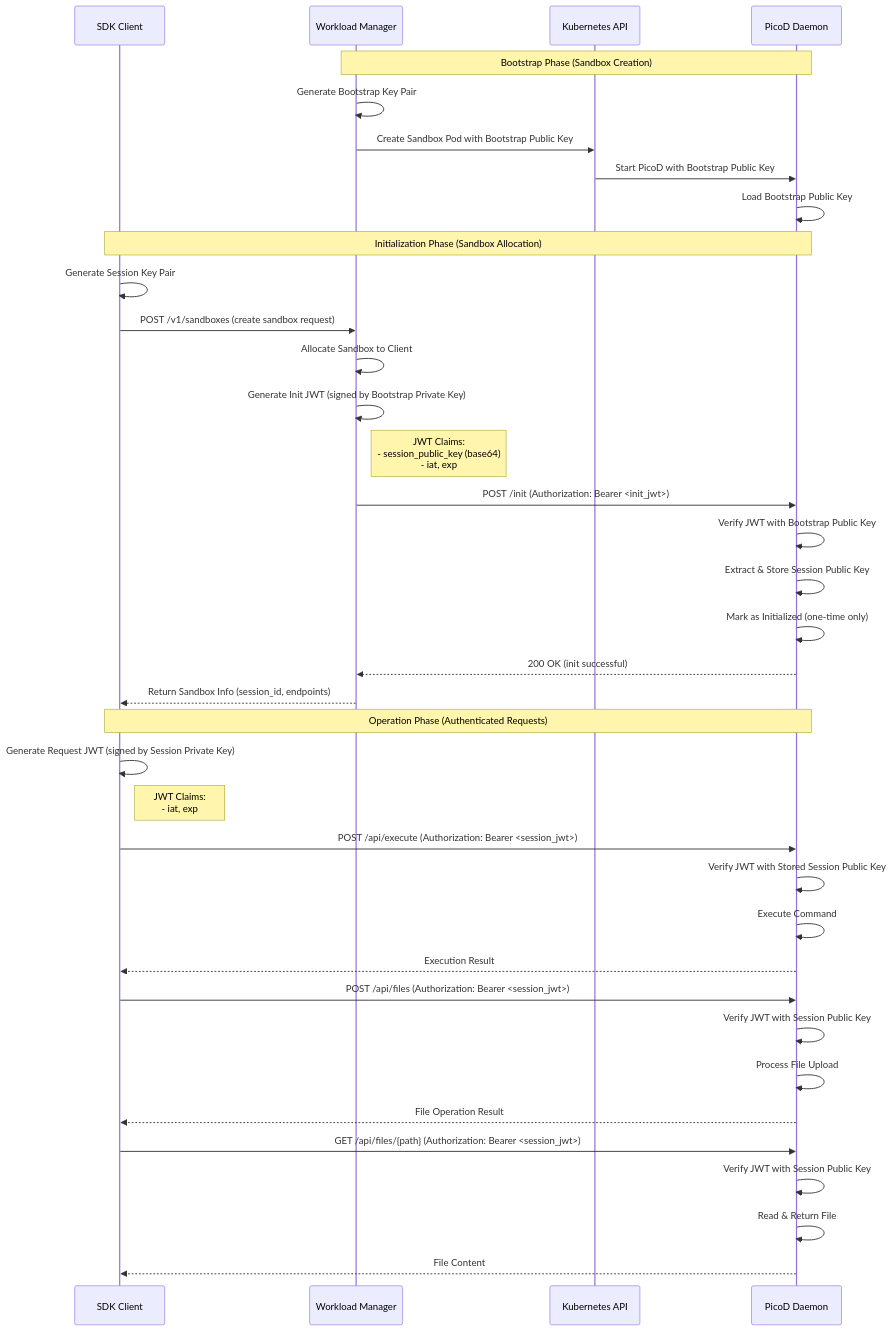
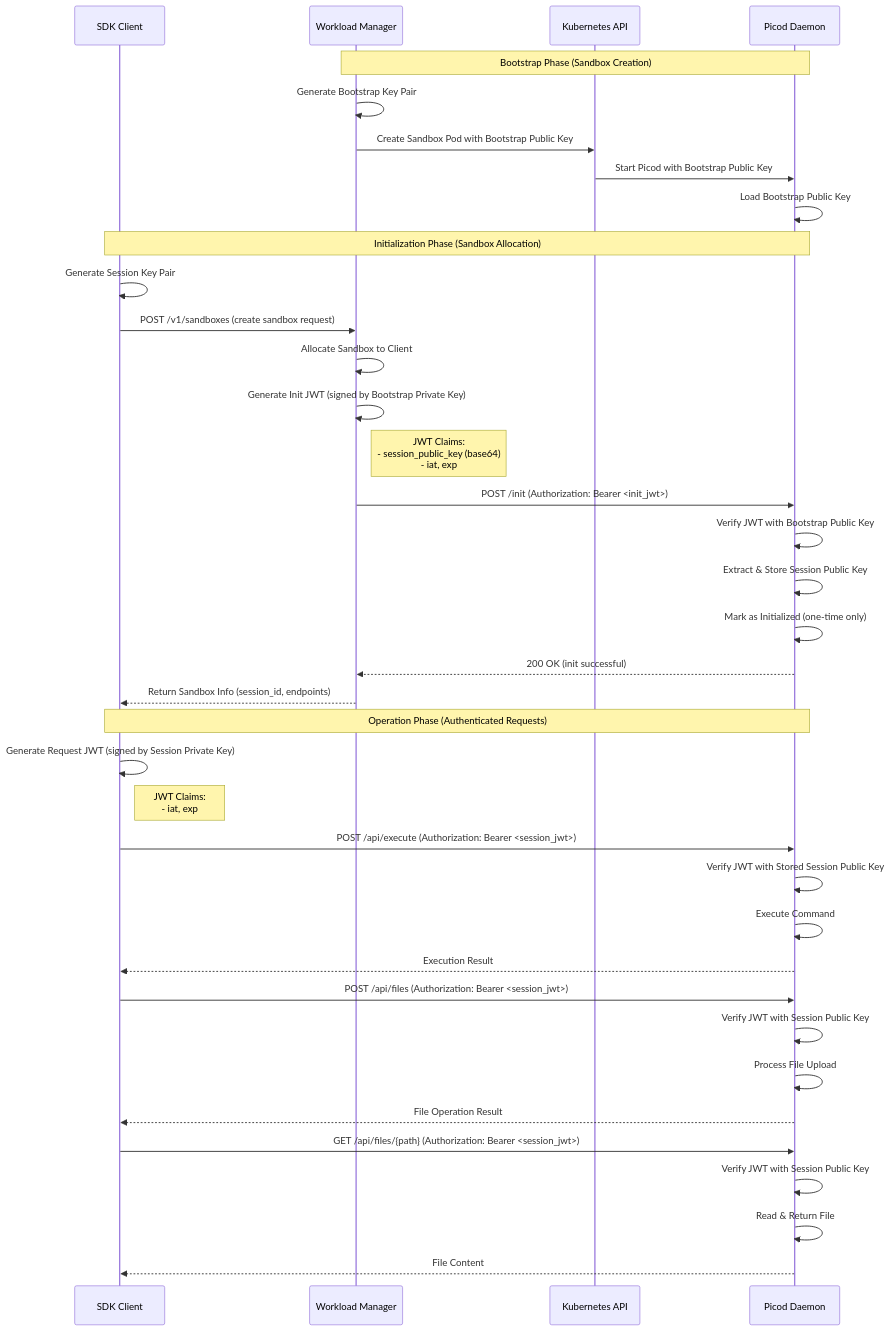
One commit to volcano-sh/agentcube changed the third of 3 diagrams in docs/design/agentcube-proposal.md. Above: the diagram before and after it, drawn with Mermaid. The commit also changed other lines of this file and 1 other file, not shown here.

Commit message:
Update graph

````diff
--- a/docs/design/agentcube-proposal.md
+++ b/docs/design/agentcube-proposal.md
@@ -432,45 +442,45 @@
 ```mermaid
 sequenceDiagram
     participant Client as SDK Client
     participant WorkloadMgr as Workload Manager
     participant K8s as Kubernetes API
-    participant PicoD as PicoD Daemon
+    participant Picod as Picod Daemon
     
 
-    Note over WorkloadMgr, PicoD: Bootstrap Phase (Sandbox Creation)
+    Note over WorkloadMgr, Picod: Bootstrap Phase (Sandbox Creation)
     WorkloadMgr->>WorkloadMgr: Generate Bootstrap Key Pair
     WorkloadMgr->>K8s: Create Sandbox Pod with Bootstrap Public Key
-    K8s->>PicoD: Start PicoD with Bootstrap Public Key
-    PicoD->>PicoD: Load Bootstrap Public Key
+    K8s->>Picod: Start Picod with Bootstrap Public Key
+    Picod->>Picod: Load Bootstrap Public Key
     
-    Note over Client, PicoD: Initialization Phase (Sandbox Allocation)
+    Note over Client, Picod: Initialization Phase (Sandbox Allocation)
     Client->>Client: Generate Session Key Pair
     Client->>WorkloadMgr: POST /v1/sandboxes (create sandbox request)
     WorkloadMgr->>WorkloadMgr: Allocate Sandbox to Client
     WorkloadMgr->>WorkloadMgr: Generate Init JWT (signed by Bootstrap Private Key)
     Note right of WorkloadMgr: JWT Claims:<br/>- session_public_key (base64)<br/>- iat, exp
-    WorkloadMgr->>PicoD: POST /init (Authorization: Bearer <init_jwt>)
-    PicoD->>PicoD: Verify JWT with Bootstrap Public Key
-    PicoD->>PicoD: Extract & Store Session Public Key
-    PicoD->>PicoD: Mark as Initialized (one-time only)
-    PicoD-->>WorkloadMgr: 200 OK (init successful)
+    WorkloadMgr->>Picod: POST /init (Authorization: Bearer <init_jwt>)
+    Picod->>Picod: Verify JWT with Bootstrap Public Key
+    Picod->>Picod: Extract & Store Session Public Key
+    Picod->>Picod: Mark as Initialized (one-time only)
+    Picod-->>WorkloadMgr: 200 OK (init successful)
     WorkloadMgr-->>Client: Return Sandbox Info (session_id, endpoints)
     
-    Note over Client, PicoD: Operation Phase (Authenticated Requests)
+    Note over Client, Picod: Operation Phase (Authenticated Requests)
     Client->>Client: Generate Request JWT (signed by Session Private Key)
     Note right of Client: JWT Claims:<br/>- iat, exp
-    Client->>PicoD: POST /api/execute (Authorization: Bearer <session_jwt>)
-    PicoD->>PicoD: Verify JWT with Stored Session Public Key
-    PicoD->>PicoD: Execute Command
-    PicoD-->>Client: Execution Result
+    Client->>Picod: POST /api/execute (Authorization: Bearer <session_jwt>)
+    Picod->>Picod: Verify JWT with Stored Session Public Key
+    Picod->>Picod: Execute Command
+    Picod-->>Client: Execution Result
     
-    Client->>PicoD: POST /api/files (Authorization: Bearer <session_jwt>)
-    PicoD->>PicoD: Verify JWT with Session Public Key
-    PicoD->>PicoD: Process File Upload
-    PicoD-->>Client: File Operation Result
+    Client->>Picod: POST /api/files (Authorization: Bearer <session_jwt>)
+    Picod->>Picod: Verify JWT with Session Public Key
+    Picod->>Picod: Process File Upload
+    Picod-->>Client: File Operation Result
     
-    Client->>PicoD: GET /api/files/{path} (Authorization: Bearer <session_jwt>)
-    PicoD->>PicoD: Verify JWT with Session Public Key
-    PicoD->>PicoD: Read & Return File
-    PicoD-->>Client: File Content
+    Client->>Picod: GET /api/files/{path} (Authorization: Bearer <session_jwt>)
+    Picod->>Picod: Verify JWT with Session Public Key
+    Picod->>Picod: Read & Return File
+    Picod-->>Client: File Content
 ```
````
